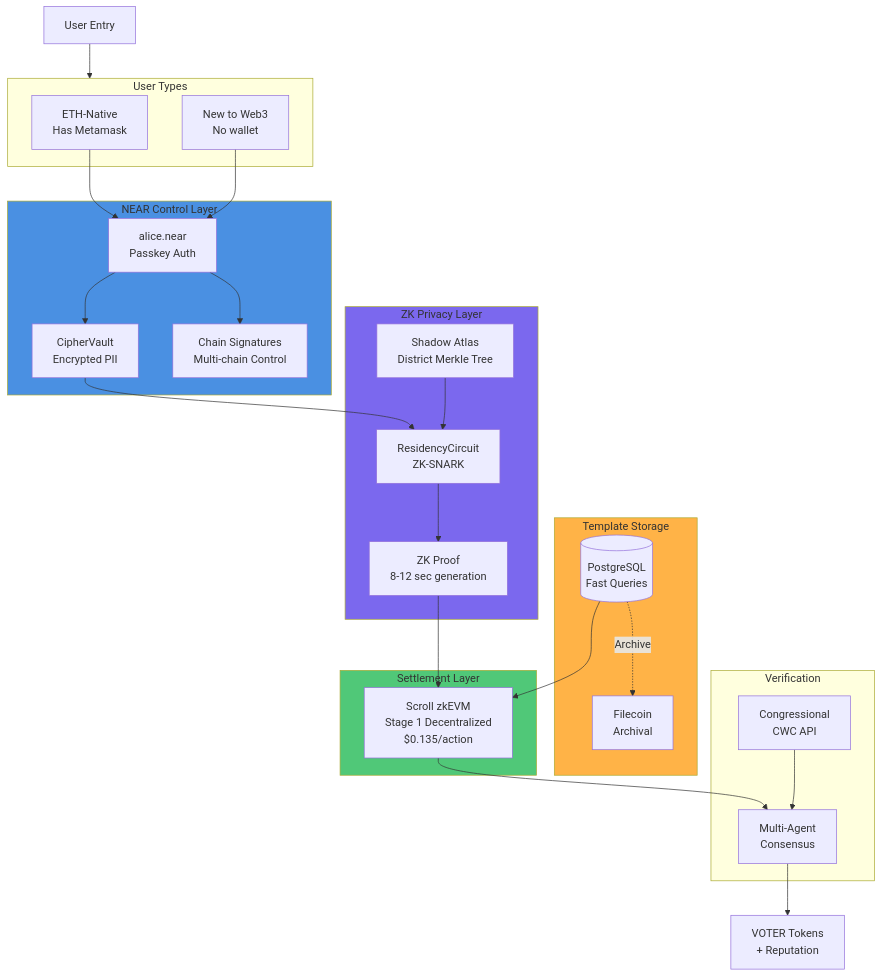
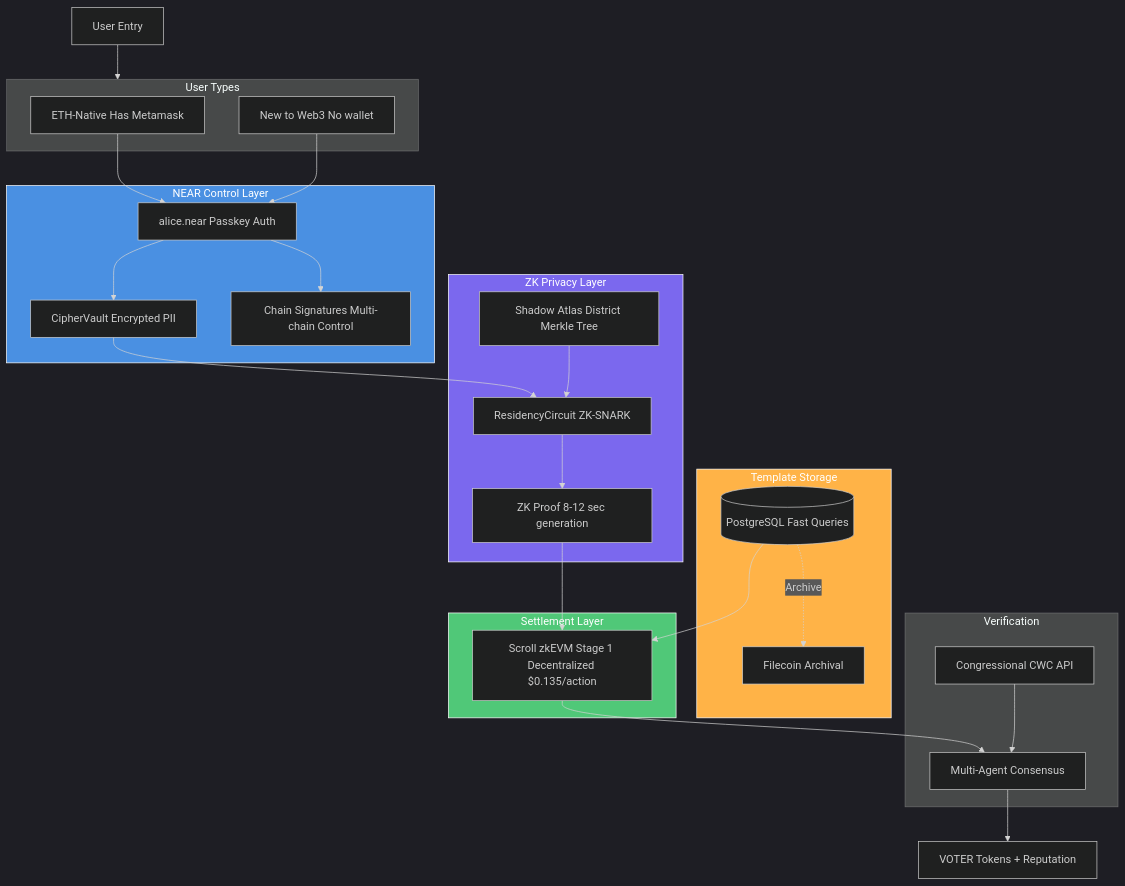
Before and after one commit to communisaas/voter-protocol: the first of 9 diagrams in ARCHITECTURE.md, drawn with Mermaid. The commit also changed other lines of this file, not shown here.

First line of the commit message:
fix: Make all mermaid diagrams dark mode compatible

````diff
--- a/ARCHITECTURE.md
+++ b/ARCHITECTURE.md
@@ -23,60 +23,61 @@
 ```mermaid
+%%{init: {'theme':'dark', 'themeVariables': { 'primaryTextColor':'#fff', 'secondaryTextColor':'#fff', 'tertiaryTextColor':'#fff'}}}%%
 flowchart TB
     User[User Entry]
 
     subgraph Entry["User Types"]
-        ETH[ETH-Native<br/>Has Metamask]
-        New[New to Web3<br/>No wallet]
+        ETH[ETH-Native Has Metamask]
+        New[New to Web3 No wallet]
     end
 
     subgraph NEAR["NEAR Control Layer"]
-        Account[alice.near<br/>Passkey Auth]
-        Vault[CipherVault<br/>Encrypted PII]
-        ChainSig[Chain Signatures<br/>Multi-chain Control]
+        Account[alice.near Passkey Auth]
+        Vault[CipherVault Encrypted PII]
+        ChainSig[Chain Signatures Multi-chain Control]
     end
 
     subgraph Privacy["ZK Privacy Layer"]
-        Atlas[Shadow Atlas<br/>District Merkle Tree]
-        Circuit[ResidencyCircuit<br/>ZK-SNARK]
-        Proof[ZK Proof<br/>8-12 sec generation]
+        Atlas[Shadow Atlas District Merkle Tree]
+        Circuit[ResidencyCircuit ZK-SNARK]
+        Proof[ZK Proof 8-12 sec generation]
     end
 
     subgraph Storage["Template Storage"]
-        PG[(PostgreSQL<br/>Fast Queries)]
-        FC[Filecoin<br/>Archival]
+        PG[(PostgreSQL Fast Queries)]
+        FC[Filecoin Archival]
     end
 
     subgraph Settlement["Settlement Layer"]
-        Scroll[Scroll zkEVM<br/>Stage 1 Decentralized<br/>$0.135/action]
+        Scroll[Scroll zkEVM Stage 1 Decentralized $0.135/action]
     end
 
     subgraph Verify["Verification"]
-        CWC[Congressional<br/>CWC API]
-        Agents[Multi-Agent<br/>Consensus]
+        CWC[Congressional CWC API]
+        Agents[Multi-Agent Consensus]
     end
 
     User --> Entry
     ETH --> Account
     New --> Account
 
     Account --> Vault
     Account --> ChainSig
     Vault --> Circuit
     Atlas --> Circuit
     Circuit --> Proof
 
     Proof --> Scroll
 
     PG --> Scroll
     PG -.Archive.-> FC
 
     Scroll --> Agents
     CWC --> Agents
 
-    Agents --> Rewards[VOTER Tokens<br/>+ Reputation]
+    Agents --> Rewards[VOTER Tokens + Reputation]
 
-    style NEAR fill:#4A90E2
-    style Privacy fill:#7B68EE
-    style Settlement fill:#50C878
-    style Storage fill:#FFB347
+    style NEAR fill:#4A90E2,stroke:#fff,color:#fff
+    style Privacy fill:#7B68EE,stroke:#fff,color:#fff
+    style Settlement fill:#50C878,stroke:#fff,color:#fff
+    style Storage fill:#FFB347,stroke:#fff,color:#fff
 ```
````
